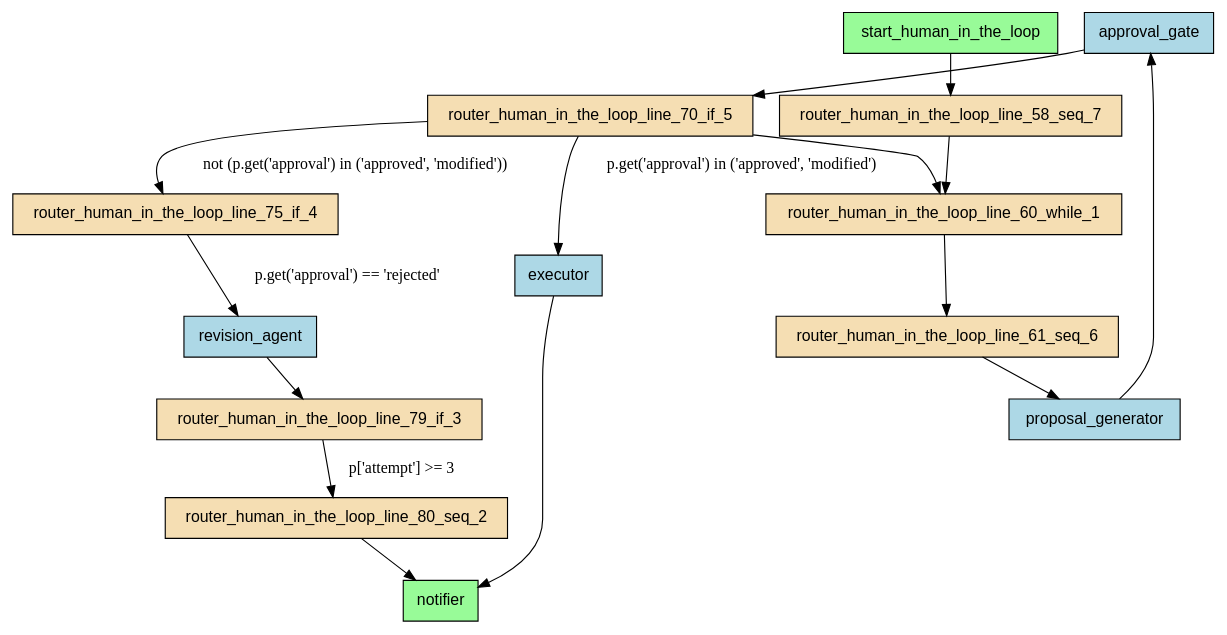
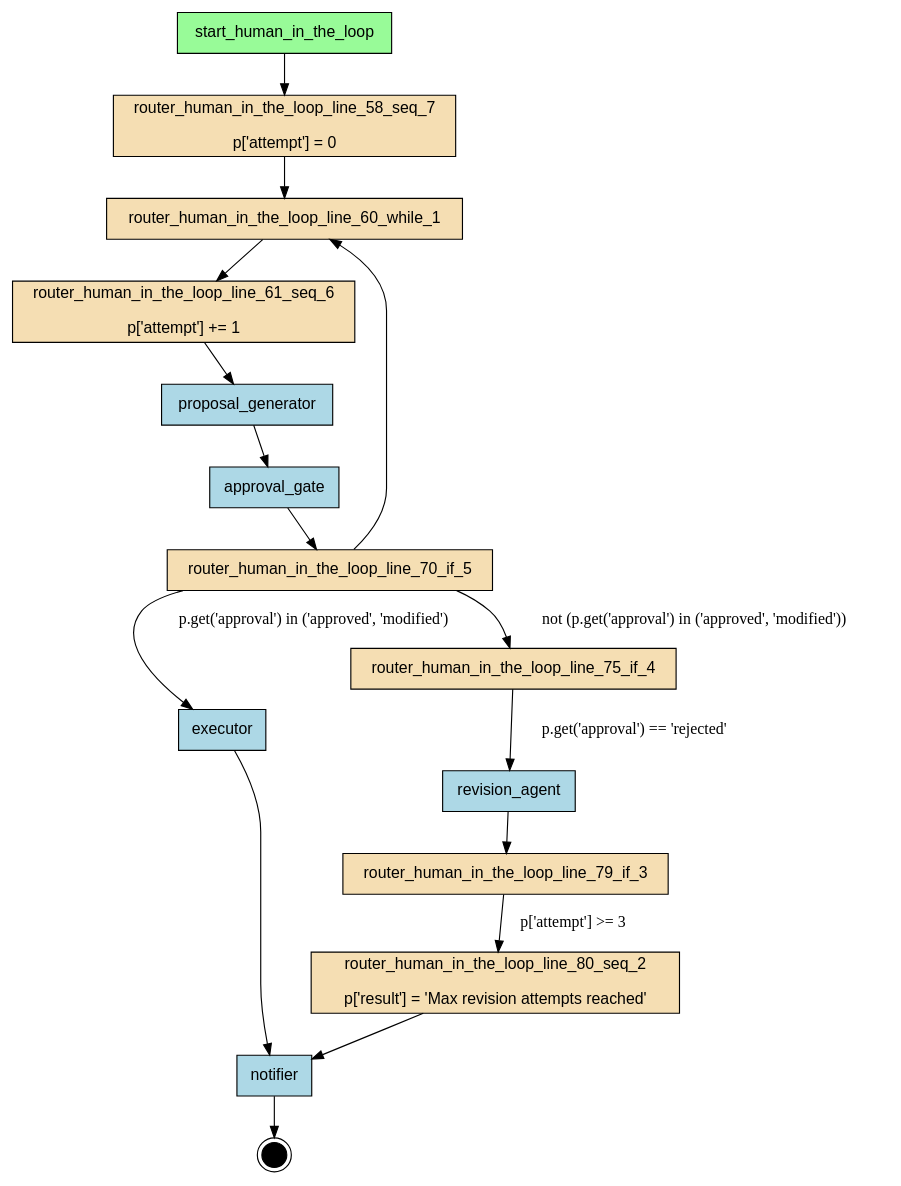
Before and after one commit to deliveryhero/asya: the diagram in examples/flows/agentic/compiled/human_in_the_loop/flow.dot, drawn with Graphviz. The commit also changed 335 other files, not shown here.

First line of the commit message:
chore: regenerate all compiled flow artifacts

```diff
--- a/examples/flows/agentic/compiled/human_in_the_loop/flow.dot
+++ b/examples/flows/agentic/compiled/human_in_the_loop/flow.dot
@@ -1,33 +1,38 @@
 digraph "human_in_the_loop" {
     rankdir=TB;
     node [shape=box, style=filled, fontname="Helvetica"];
 
+    { rank=source; start_human_in_the_loop; }
+
     approval_gate [label="approval_gate", fillcolor=lightblue];
     executor [label="executor", fillcolor=lightblue];
-    notifier [label="notifier", fillcolor=palegreen];
+    notifier [label="notifier", fillcolor=lightblue];
     proposal_generator [label="proposal_generator", fillcolor=lightblue];
     revision_agent [label="revision_agent", fillcolor=lightblue];
-    router_human_in_the_loop_line_58_seq_7 [label="router_human_in_the_loop_line_58_seq_7", fillcolor=wheat];
+    router_human_in_the_loop_line_58_seq_7 [label="router_human_in_the_loop_line_58_seq_7\n\np['attempt'] = 0", fillcolor=wheat];
     router_human_in_the_loop_line_60_while_1 [label="router_human_in_the_loop_line_60_while_1", fillcolor=wheat];
-    router_human_in_the_loop_line_61_seq_6 [label="router_human_in_the_loop_line_61_seq_6", fillcolor=wheat];
+    router_human_in_the_loop_line_61_seq_6 [label="router_human_in_the_loop_line_61_seq_6\n\np['attempt'] += 1", fillcolor=wheat];
     router_human_in_the_loop_line_70_if_5 [label="router_human_in_the_loop_line_70_if_5", fillcolor=wheat];
     router_human_in_the_loop_line_75_if_4 [label="router_human_in_the_loop_line_75_if_4", fillcolor=wheat];
     router_human_in_the_loop_line_79_if_3 [label="router_human_in_the_loop_line_79_if_3", fillcolor=wheat];
-    router_human_in_the_loop_line_80_seq_2 [label="router_human_in_the_loop_line_80_seq_2", fillcolor=wheat];
+    router_human_in_the_loop_line_80_seq_2 [label="router_human_in_the_loop_line_80_seq_2\n\np['result'] = 'Max revision attempts reached'", fillcolor=wheat];
     start_human_in_the_loop [label="start_human_in_the_loop", fillcolor=palegreen];
+
+    __end__ [label="", shape=doublecircle, fillcolor=black, width=0.3, fixedsize=true];
 
     start_human_in_the_loop -> router_human_in_the_loop_line_58_seq_7;
     router_human_in_the_loop_line_80_seq_2 -> notifier;
     router_human_in_the_loop_line_79_if_3 -> router_human_in_the_loop_line_80_seq_2 [label="p['attempt'] >= 3"];
     router_human_in_the_loop_line_75_if_4 -> revision_agent [label="p.get('approval') == 'rejected'"];
     router_human_in_the_loop_line_70_if_5 -> router_human_in_the_loop_line_75_if_4 [label="not (p.get('approval') in ('approved', 'modified'))"];
     router_human_in_the_loop_line_70_if_5 -> executor [label="p.get('approval') in ('approved', 'modified')"];
     executor -> notifier;
     router_human_in_the_loop_line_61_seq_6 -> proposal_generator;
     proposal_generator -> approval_gate;
     approval_gate -> router_human_in_the_loop_line_70_if_5;
     router_human_in_the_loop_line_60_while_1 -> router_human_in_the_loop_line_61_seq_6;
     router_human_in_the_loop_line_58_seq_7 -> router_human_in_the_loop_line_60_while_1;
     revision_agent -> router_human_in_the_loop_line_79_if_3;
     router_human_in_the_loop_line_70_if_5 -> router_human_in_the_loop_line_60_while_1;
+    notifier -> __end__;
 }
```
